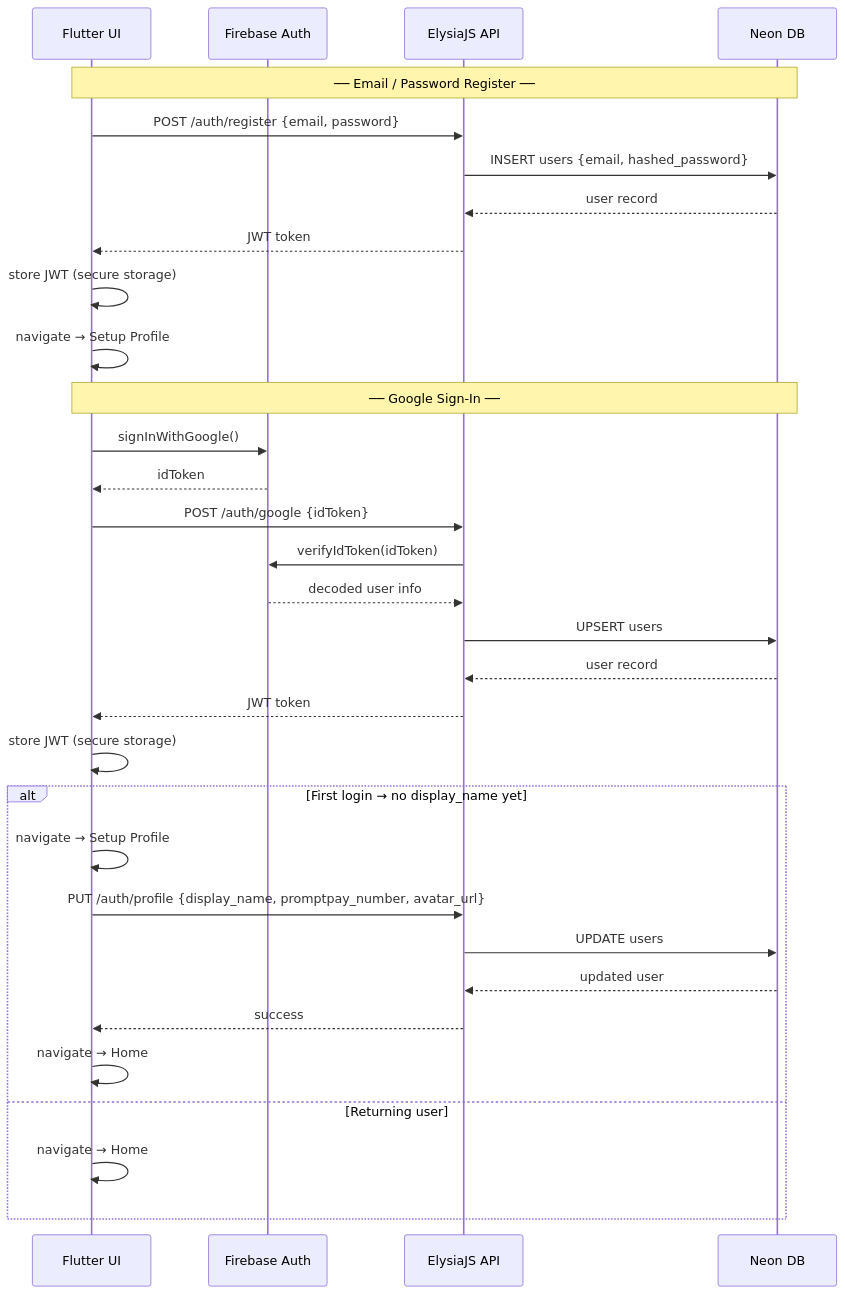
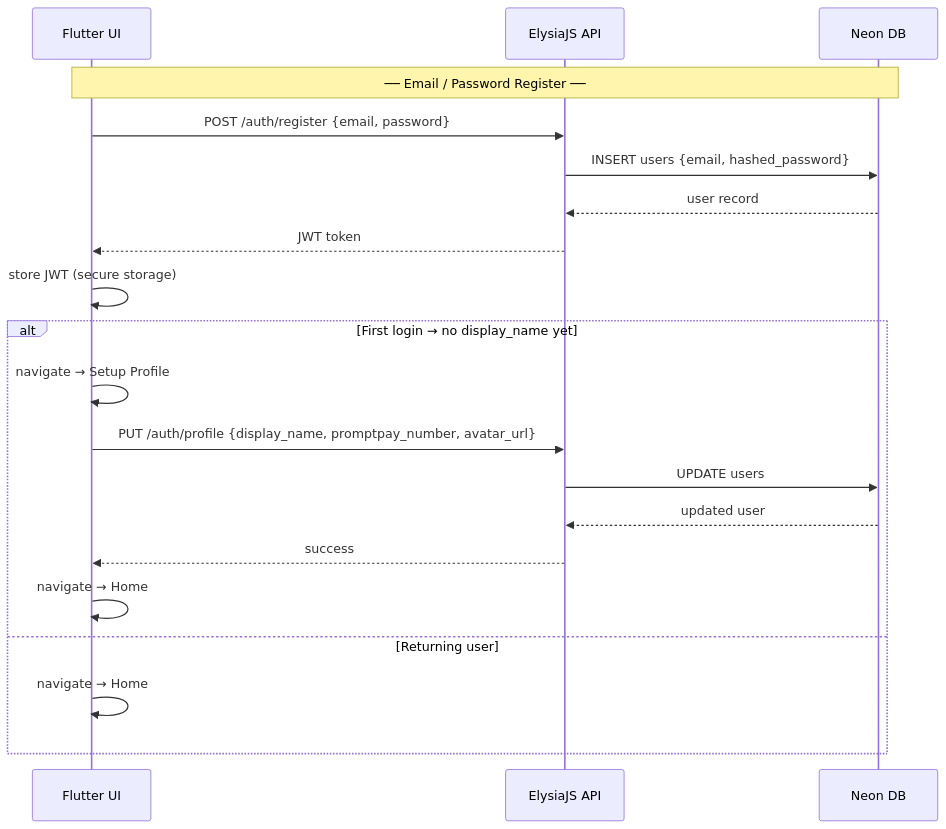
The diagram in docs/01_auth_flow.mermaid (TunyatapVich/cs356_billgang_project), drawn with Mermaid before and after one commit. The commit also changed 9 other files, not shown here.

Commit message:
refactor: transition to API-based item operations, update flow documentation, and add cache invalidation for bills on auth state changes

```diff
--- a/docs/01_auth_flow.mermaid
+++ b/docs/01_auth_flow.mermaid
@@ -1,37 +1,23 @@
 sequenceDiagram
     participant UI as Flutter UI
-    participant FBA as Firebase Auth
     participant API as ElysiaJS API
     participant DB as Neon DB
 
     Note over UI,DB: ── Email / Password Register ──
 
     UI->>API: POST /auth/register {email, password}
     API->>DB: INSERT users {email, hashed_password}
     DB-->>API: user record
     API-->>UI: JWT token
     UI->>UI: store JWT (secure storage)
-    UI->>UI: navigate → Setup Profile
-
-    Note over UI,DB: ── Google Sign-In ──
-
-    UI->>FBA: signInWithGoogle()
-    FBA-->>UI: idToken
-    UI->>API: POST /auth/google {idToken}
-    API->>FBA: verifyIdToken(idToken)
-    FBA-->>API: decoded user info
-    API->>DB: UPSERT users
-    DB-->>API: user record
-    API-->>UI: JWT token
-    UI->>UI: store JWT (secure storage)
-
+    
     alt First login → no display_name yet
         UI->>UI: navigate → Setup Profile
         UI->>API: PUT /auth/profile {display_name, promptpay_number, avatar_url}
         API->>DB: UPDATE users
         DB-->>API: updated user
         API-->>UI: success
         UI->>UI: navigate → Home
     else Returning user
         UI->>UI: navigate → Home
     end
```
